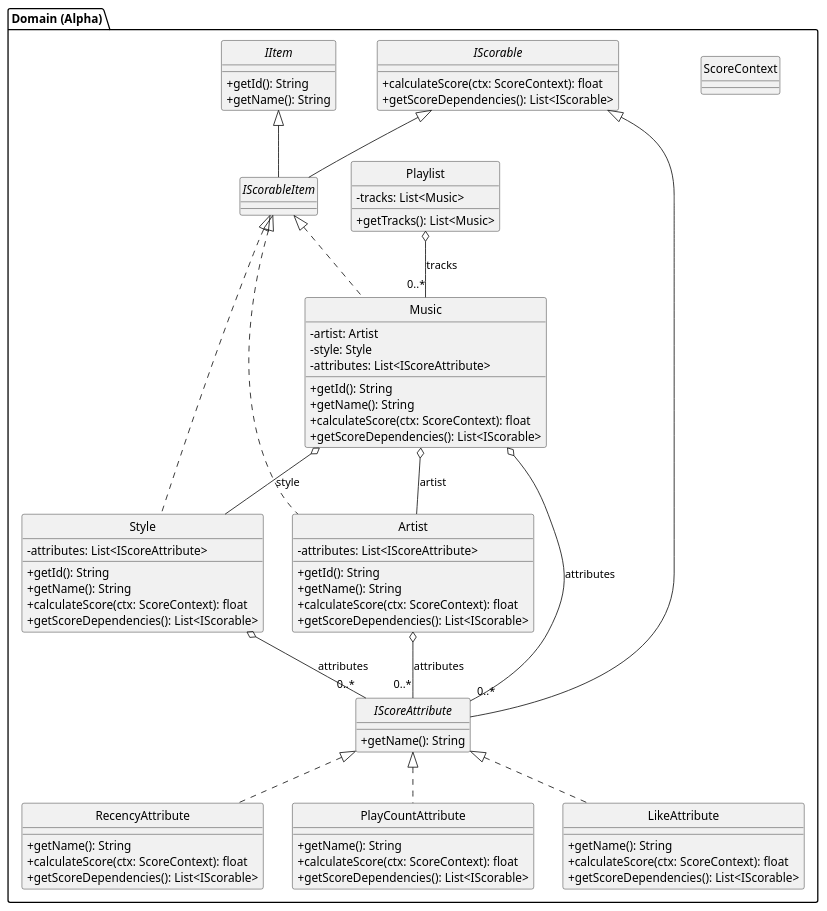
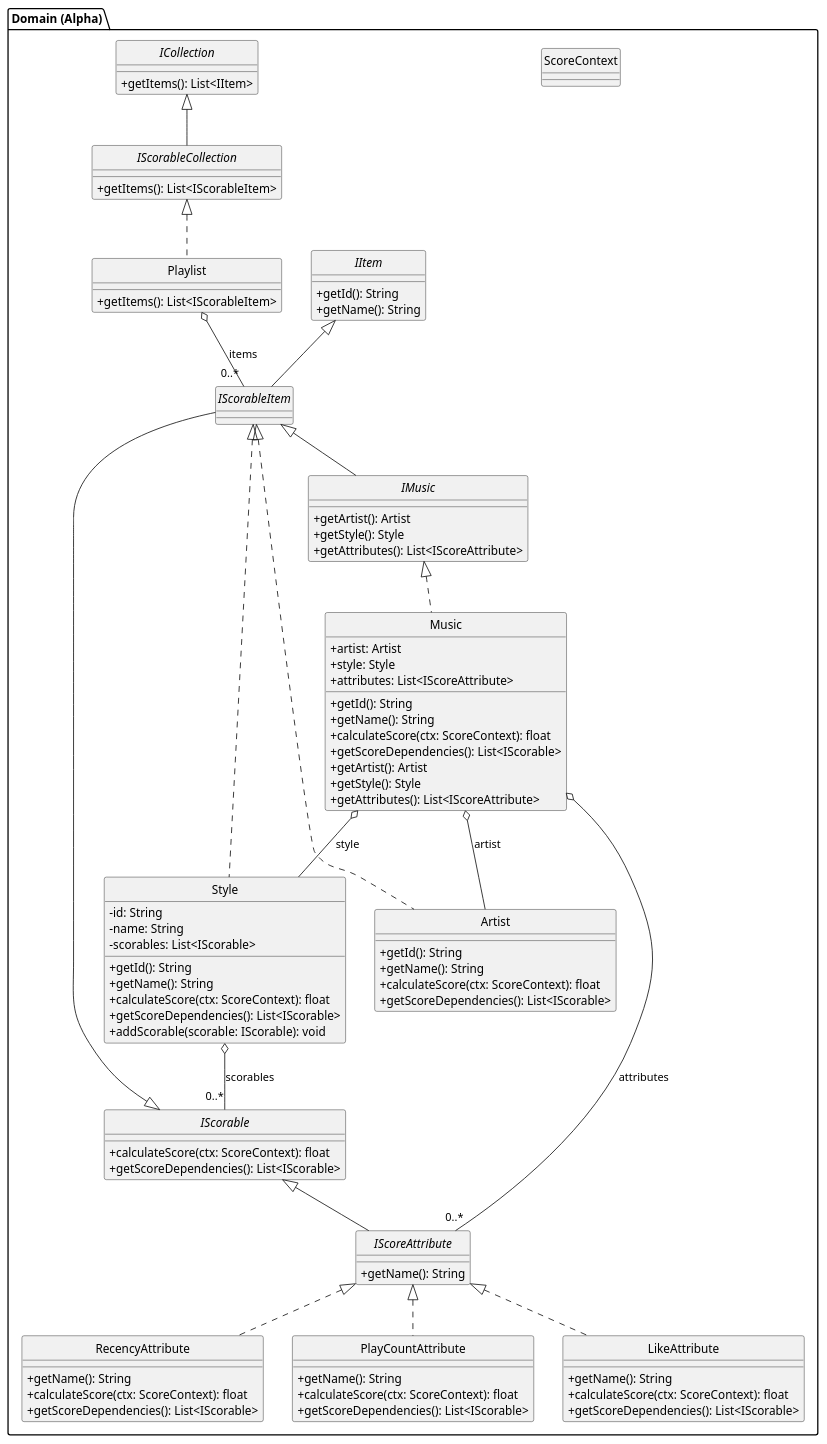
The diagram in src/diagramme.puml (erwan-legoff/randomnest), drawn with PlantUML before and after one commit. The commit also changed 2 other files, not shown here.

Commit message:
Adding IMusic abstraction

```diff
--- a/src/diagramme.puml
+++ b/src/diagramme.puml
@@ -1,88 +1,104 @@
 @startuml randomnest
 hide circle
 skinparam classAttributeIconSize 0
 
 package "Domain (Alpha)" {
 
   ' Placeholder (domaine) pour éviter de tirer tout le package Scoring ici
   class ScoreContext
 
   interface IItem {
     +getId(): String
     +getName(): String
   }
 
   interface IScorable {
     +calculateScore(ctx: ScoreContext): float
     +getScoreDependencies(): List<IScorable>
   }
 
   interface IScorableItem extends IItem, IScorable
 
+  interface ICollection {
+    +getItems(): List<IItem>
+  }
+
+  interface IScorableCollection extends ICollection {
+    +getItems(): List<IScorableItem>
+  }
+
   interface IScoreAttribute extends IScorable {
     +getName(): String
   }
 
-  class Music implements IScorableItem {
-    -artist: Artist
-    -style: Style
-    -attributes: List<IScoreAttribute>
+  interface IMusic extends IScorableItem {
+    +getArtist(): Artist
+    +getStyle(): Style
+    +getAttributes(): List<IScoreAttribute>
+  }
+
+  class Music implements IMusic {
+    +artist: Artist
+    +style: Style
+    +attributes: List<IScoreAttribute>
 
     +getId(): String
     +getName(): String
     +calculateScore(ctx: ScoreContext): float
     +getScoreDependencies(): List<IScorable>
+    +getArtist(): Artist
+    +getStyle(): Style
+    +getAttributes(): List<IScoreAttribute>
   }
 
   class Artist implements IScorableItem {
-    -attributes: List<IScoreAttribute>
-
     +getId(): String
     +getName(): String
     +calculateScore(ctx: ScoreContext): float
     +getScoreDependencies(): List<IScorable>
   }
 
   class Style implements IScorableItem {
-    -attributes: List<IScoreAttribute>
+    -id: String
+    -name: String
+    -scorables: List<IScorable>
 
     +getId(): String
     +getName(): String
     +calculateScore(ctx: ScoreContext): float
     +getScoreDependencies(): List<IScorable>
+    +addScorable(scorable: IScorable): void
   }
 
   class RecencyAttribute implements IScoreAttribute {
     +getName(): String
     +calculateScore(ctx: ScoreContext): float
     +getScoreDependencies(): List<IScorable>
   }
 
   class PlayCountAttribute implements IScoreAttribute {
     +getName(): String
     +calculateScore(ctx: ScoreContext): float
     +getScoreDependencies(): List<IScorable>
   }
 
   class LikeAttribute implements IScoreAttribute {
     +getName(): String
     +calculateScore(ctx: ScoreContext): float
     +getScoreDependencies(): List<IScorable>
   }
 
-  class Playlist {
-    -tracks: List<Music>
-    +getTracks(): List<Music>
+  class Playlist implements IScorableCollection {
+    +getItems(): List<IScorableItem>
   }
 }
 
-Playlist o-- "0..*" Music : tracks
+Playlist o-- "0..*" IScorableItem : items
 
 Music o-- Artist : artist
 Music o-- Style : style
 
 Music o-- "0..*" IScoreAttribute : attributes
-Artist o-- "0..*" IScoreAttribute : attributes
-Style o-- "0..*" IScoreAttribute : attributes
+Style o-- "0..*" IScorable : scorables
 
 @enduml
```
